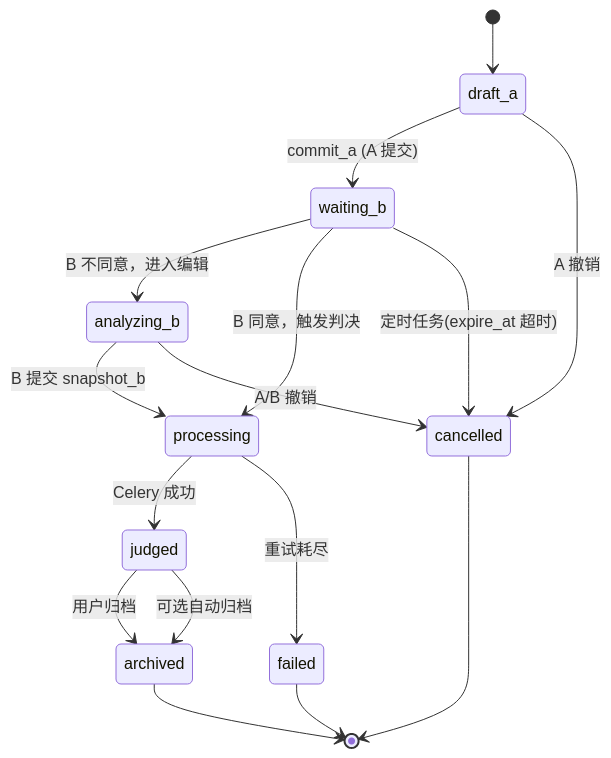
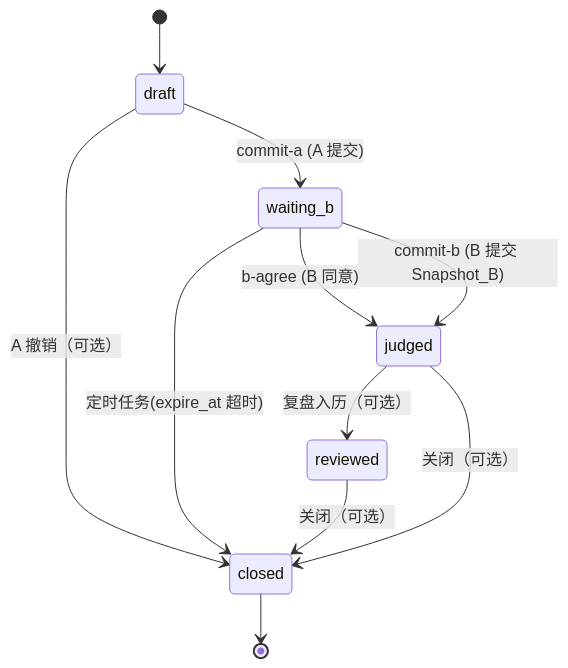
Before and after one commit to LoveMediator/Uli: the first of 2 diagrams in docs/LoveMediator_ARCH.md, drawn with Mermaid. The commit also changed other lines of this file and 1 other file, not shown here.

````diff
--- a/docs/LoveMediator_ARCH.md
+++ b/docs/LoveMediator_ARCH.md
@@ -673,18 +688,13 @@
 ```mermaid
 stateDiagram-v2
-    [*] --> draft_a
-    draft_a --> waiting_b : commit_a (A 提交)
-    draft_a --> cancelled : A 撤销
-    waiting_b --> analyzing_b : B 不同意，进入编辑
-    waiting_b --> processing : B 同意，触发判决
-    waiting_b --> cancelled : 定时任务(expire_at 超时)
-    analyzing_b --> processing : B 提交 snapshot_b
-    analyzing_b --> cancelled : A/B 撤销
-    processing --> judged : Celery 成功
-    processing --> failed : 重试耗尽
-    judged --> archived : 用户归档
-    judged --> archived : 可选自动归档
-    archived --> [*]
-    cancelled --> [*]
-    failed --> [*]
+    [*] --> draft
+    draft --> waiting_b : commit-a (A 提交)
+    draft --> closed : A 撤销（可选）
+    waiting_b --> judged : b-agree (B 同意)
+    waiting_b --> judged : commit-b (B 提交 Snapshot_B)
+    waiting_b --> closed : 定时任务(expire_at 超时)
+    judged --> reviewed : 复盘入历（可选）
+    reviewed --> closed : 关闭（可选）
+    judged --> closed : 关闭（可选）
+    closed --> [*]
 ```
````
